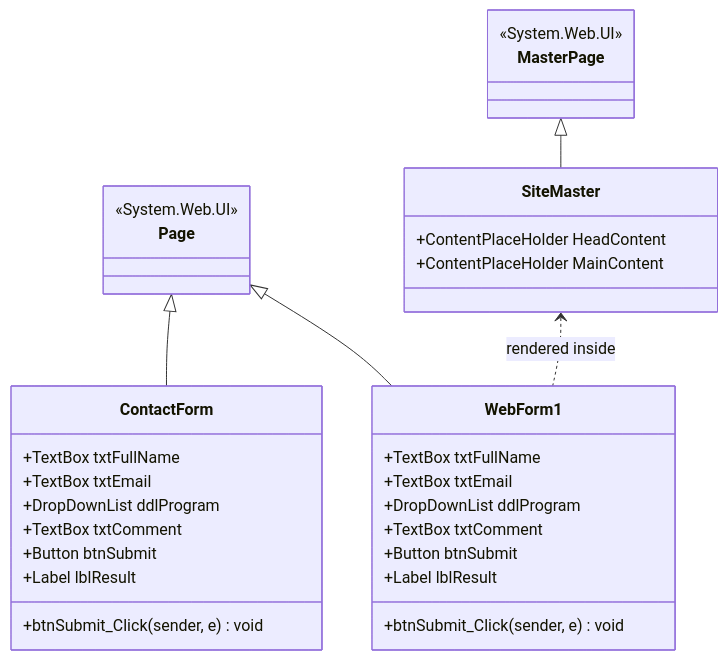
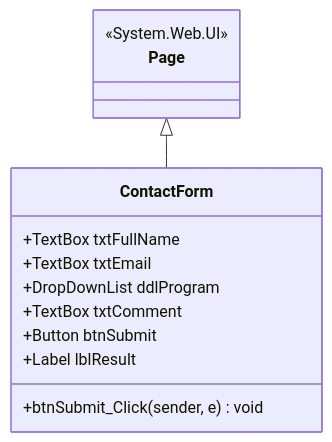
One commit to Lagmouchyoussef/aspnet-webforms-contact-form changed the first of 3 diagrams in README.md. Above: the diagram before and after it, drawn with Mermaid. The commit also changed other lines of this file and 6 other files, not shown here.

First line of the commit message:
Remove Bootstrap and the master-page variant, rewrite README as a lab document

````diff
--- a/README.md
+++ b/README.md
@@ -129,40 +97,18 @@
 ```mermaid
 classDiagram
     class Page {
         <<System.Web.UI>>
-    }
-
-    class MasterPage {
-        <<System.Web.UI>>
-    }
-
-    class SiteMaster {
-        +ContentPlaceHolder HeadContent
-        +ContentPlaceHolder MainContent
     }
 
     class ContactForm {
         +TextBox txtFullName
         +TextBox txtEmail
         +DropDownList ddlProgram
         +TextBox txtComment
         +Button btnSubmit
         +Label lblResult
         +btnSubmit_Click(sender, e) void
     }
 
-    class WebForm1 {
-        +TextBox txtFullName
-        +TextBox txtEmail
-        +DropDownList ddlProgram
-        +TextBox txtComment
-        +Button btnSubmit
-        +Label lblResult
-        +btnSubmit_Click(sender, e) void
-    }
-
-    MasterPage <|-- SiteMaster
     Page <|-- ContactForm
-    Page <|-- WebForm1
-    SiteMaster <.. WebForm1 : rendered inside
 ```
````
